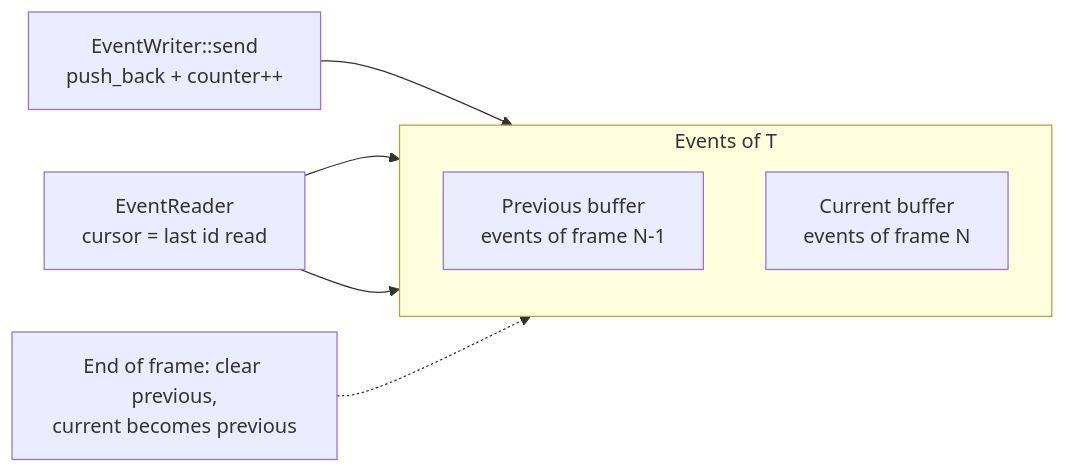
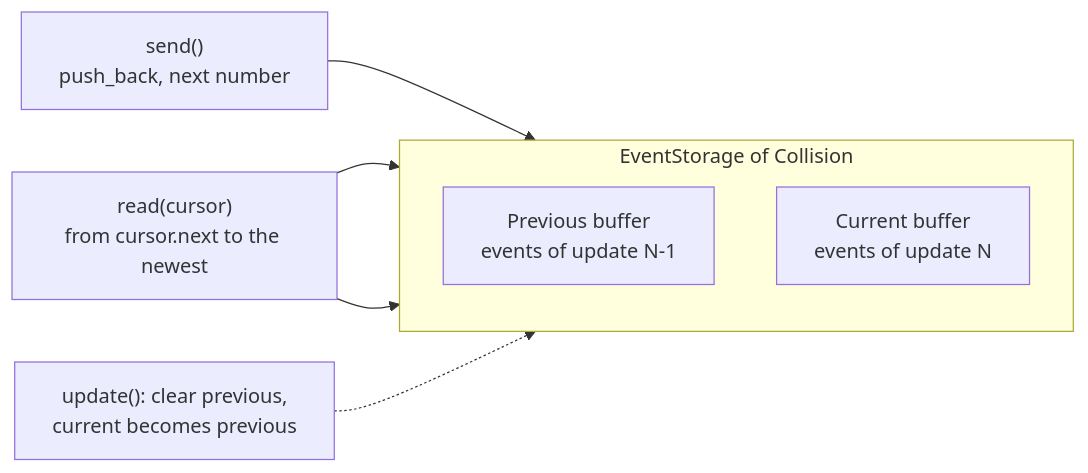
Before and after one commit to Charles-Mahoudeau/rtype: the first of 2 diagrams in docs/ecs/features/11-events.md, drawn with Mermaid. The commit also changed other lines of this file and 3 other files, not shown here.

````diff
--- a/docs/ecs/features/11-events.md
+++ b/docs/ecs/features/11-events.md
@@ -42,12 +112,12 @@
 ```mermaid
 flowchart LR
-    subgraph queue ["Events of T"]
+    subgraph queue ["EventStorage of Collision"]
         direction TB
-        prev["Previous buffer<br/>events of frame N-1"]
-        curr["Current buffer<br/>events of frame N"]
+        prev["Previous buffer<br/>events of update N-1"]
+        curr["Current buffer<br/>events of update N"]
     end
-    writer["EventWriter::send<br/>push_back + counter++"] --> curr
-    reader["EventReader<br/>cursor = last id read"] --> prev
+    writer["send()<br/>push_back, next number"] --> curr
+    reader["read(cursor)<br/>from cursor.next to the newest"] --> prev
     reader --> curr
-    swap["End of frame: clear previous,<br/>current becomes previous"] -.-> queue
+    swap["update(): clear previous,<br/>current becomes previous"] -.-> queue
 ```
````
